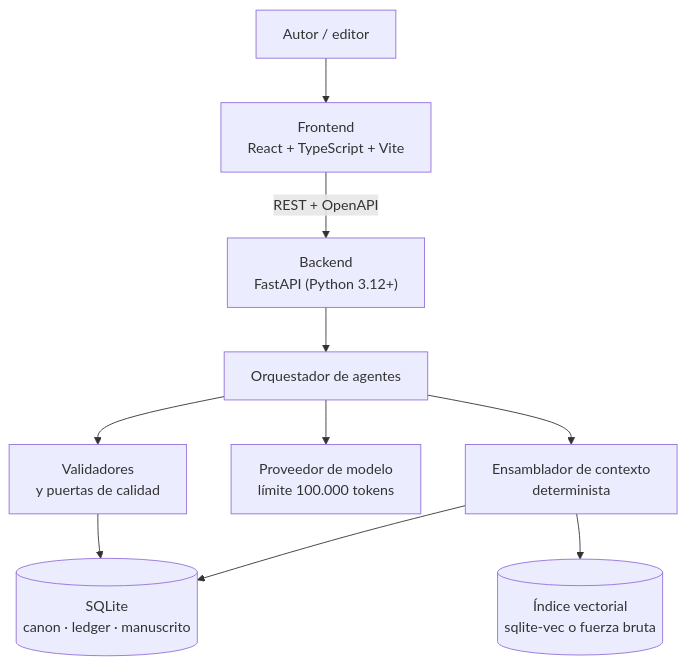
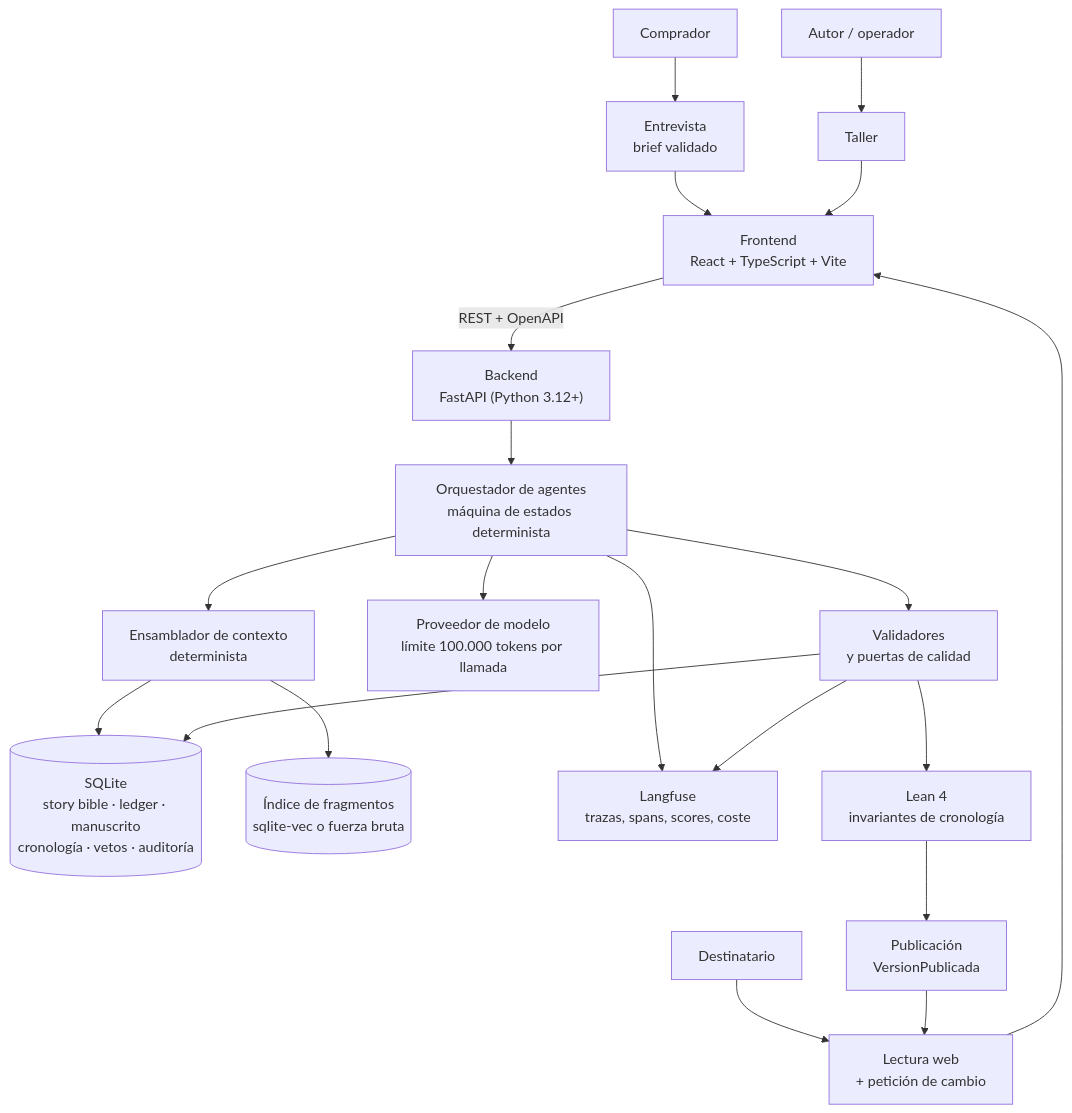
The first of 7 diagrams in docs/architecture.md (maujimenez4/ciberpunk-storymaker), drawn with Mermaid before and after one commit. The commit also changed other lines of this file and 5 other files, not shown here.

````diff
--- a/docs/architecture.md
+++ b/docs/architecture.md
@@ -15,12 +23,24 @@
 ```mermaid
 flowchart TD
-  U["Autor / editor"] --> FE["Frontend<br/>React + TypeScript + Vite"]
+  C["Comprador"] --> ENTR["Entrevista<br/>brief validado"]
+  D["Destinatario"] --> LEC["Lectura web<br/>+ petición de cambio"]
+  A["Autor / operador"] --> TAL["Taller"]
+
+  ENTR --> FE["Frontend<br/>React + TypeScript + Vite"]
+  LEC --> FE
+  TAL --> FE
+
   FE -->|REST + OpenAPI| BE["Backend<br/>FastAPI (Python 3.12+)"]
-  BE --> ORQ["Orquestador de agentes"]
+  BE --> ORQ["Orquestador de agentes<br/>máquina de estados determinista"]
   ORQ --> ENS["Ensamblador de contexto<br/>determinista"]
-  ENS --> DB[("SQLite<br/>canon · ledger · manuscrito")]
-  ENS --> VEC[("Índice vectorial<br/>sqlite-vec o fuerza bruta")]
-  ORQ --> LLM["Proveedor de modelo<br/>límite 100.000 tokens"]
+  ENS --> DB[("SQLite<br/>story bible · ledger · manuscrito<br/>cronología · vetos · auditoría")]
+  ENS --> VEC[("Índice de fragmentos<br/>sqlite-vec o fuerza bruta")]
+  ORQ --> LLM["Proveedor de modelo<br/>límite 100.000 tokens por llamada"]
   ORQ --> VAL["Validadores<br/>y puertas de calidad"]
   VAL --> DB
+  ORQ --> OBS["Langfuse<br/>trazas, spans, scores, coste"]
+  VAL --> OBS
+  VAL --> LEAN["Lean 4<br/>invariantes de cronología"]
+  LEAN --> PUB["Publicación<br/>VersionPublicada"]
+  PUB --> LEC
 ```
````
